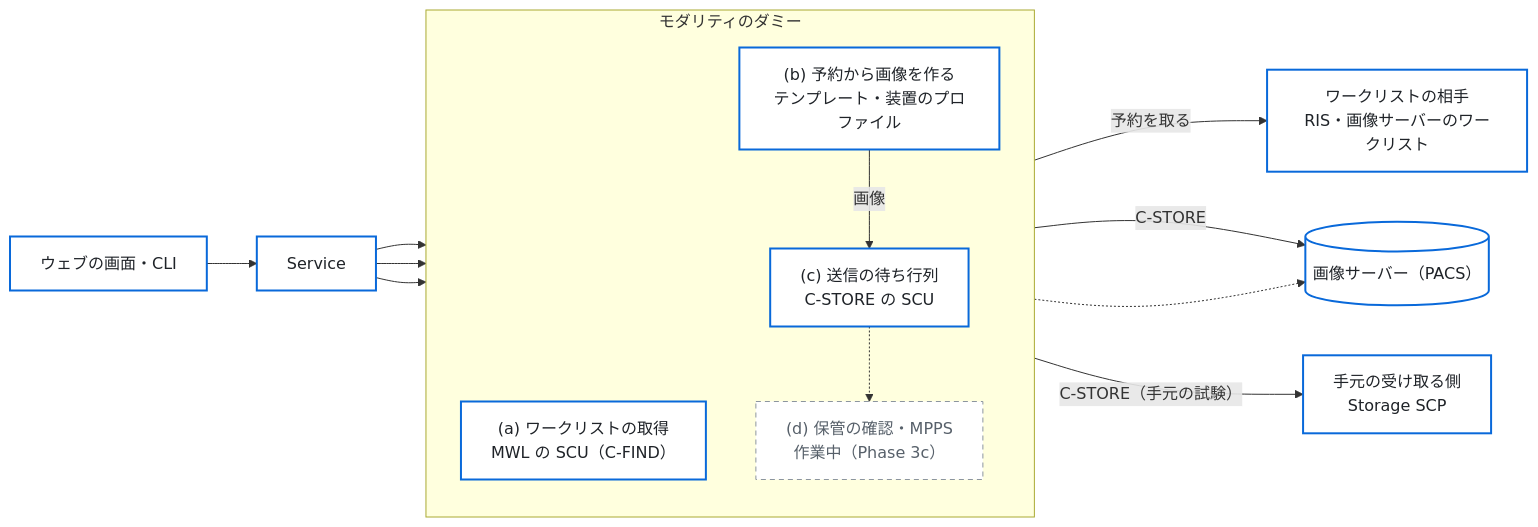
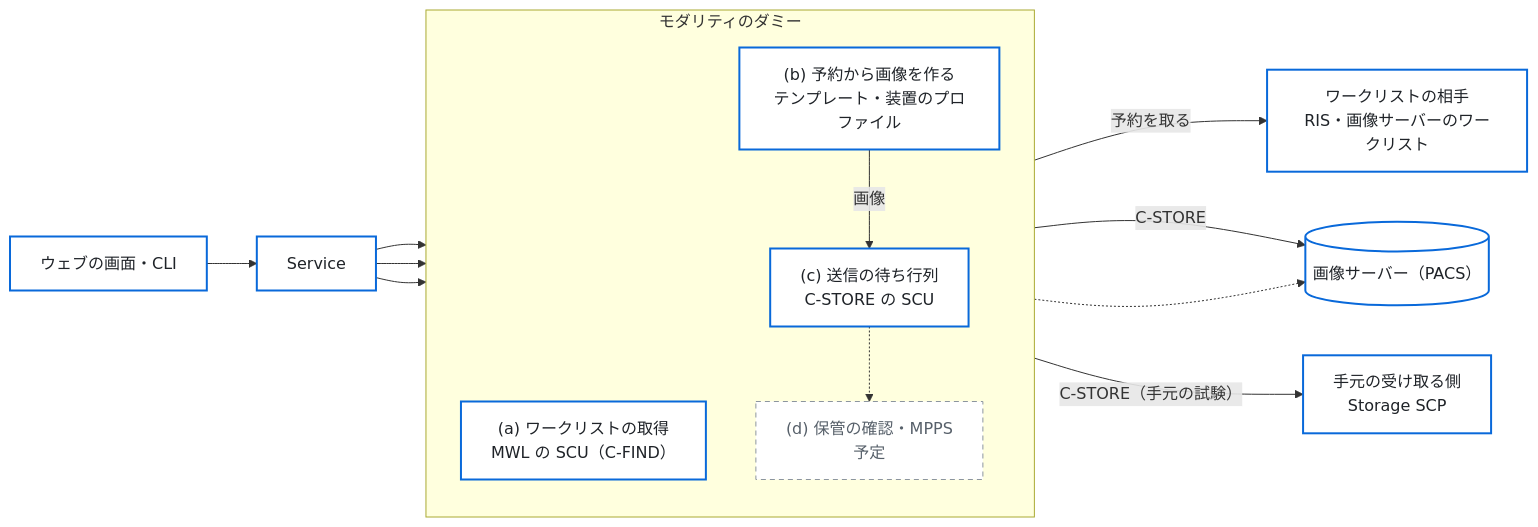
The first of 2 diagrams in README.md (jeysunit/dicom-test-generator), drawn with Mermaid before and after one commit. The commit also changed other lines of this file, not shown here.

````diff
--- a/README.md
+++ b/README.md
@@ -40,29 +42,29 @@
 ```mermaid
 flowchart LR
   classDef box fill:#ffffff,stroke:#0969da,stroke-width:2px,color:#1f2328
   classDef plan fill:#ffffff,stroke:#8c959f,stroke-dasharray:5 4,color:#57606a
 
   UI["ウェブの画面・CLI"]:::box
   SVC["Service"]:::box
   subgraph FLOW["モダリティのダミー"]
     direction TB
     MWL["(a) ワークリストの取得<br/>MWL の SCU（C-FIND）"]:::box
     MAKE["(b) 予約から画像を作る<br/>テンプレート・装置のプロファイル"]:::box
     QUEUE["(c) 送信の待ち行列<br/>C-STORE の SCU"]:::box
-    COMMIT["(d) 保管の確認・MPPS<br/>作業中（Phase 3c）"]:::plan
+    COMMIT["(d) 保管の確認・MPPS<br/>予定"]:::plan
   end
   RIS["ワークリストの相手<br/>RIS・画像サーバーのワークリスト"]:::box
   PACS[("画像サーバー（PACS）")]:::box
   SCP["手元の受け取る側<br/>Storage SCP"]:::box
 
   UI --> SVC
   SVC --> MWL
   SVC --> MAKE
   SVC --> QUEUE
   MWL -->|"予約を取る"| RIS
   MAKE -->|"画像"| QUEUE
   QUEUE -->|"C-STORE"| PACS
   QUEUE -->|"C-STORE（手元の試験）"| SCP
   QUEUE -.-> COMMIT
   COMMIT -.-> PACS
 ```
````
